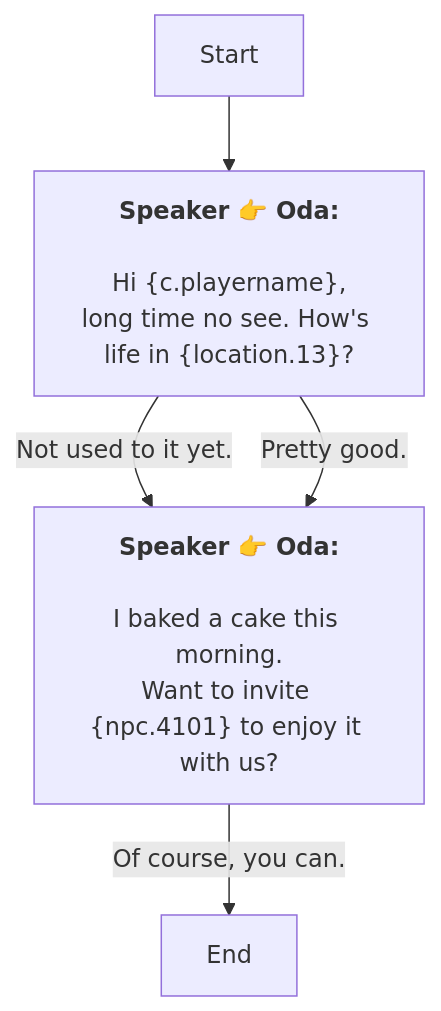
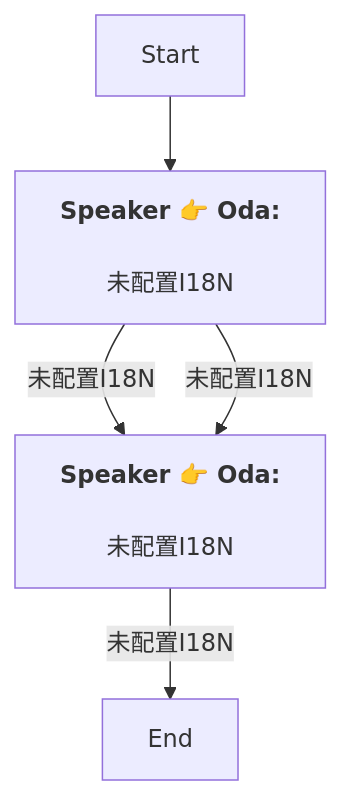
One commit to SoftHu/tos_avg changed the diagram in En/QuestStartTalkENode_1754297752607235.md. Above: the diagram before and after it, drawn with Mermaid. The commit also changed 730 other files, not shown here.

````diff
--- a/En/QuestStartTalkENode_1754297752607235.md
+++ b/En/QuestStartTalkENode_1754297752607235.md
@@ -1,14 +1,11 @@
 ```mermaid
 graph
 Start -->1754297898306054[<b>Speaker 👉 Oda:</b>
-\nHi &lbrace;c.playername&rbrace;,
-long time no see. How's life in &lbrace;location.13&rbrace;?]
-1754297898306054 -->|Not used to it yet.|1754298284307980[<b>Speaker 👉 Oda:</b>
-\nI baked a cake this morning.
-Want to invite &lbrace;npc.4101&rbrace; to enjoy it with us?]
-1754297898306054 -->|Pretty good.|1754298284307980[<b>Speaker 👉 Oda:</b>
-\nI baked a cake this morning.
-Want to invite &lbrace;npc.4101&rbrace; to enjoy it with us?]
-1754298284307980 -->|Of course, you can.|1754298319793680[End]
+\n未配置I18N]
+1754297898306054 -->|未配置I18N|1754298284307980[<b>Speaker 👉 Oda:</b>
+\n未配置I18N]
+1754297898306054 -->|未配置I18N|1754298284307980[<b>Speaker 👉 Oda:</b>
+\n未配置I18N]
+1754298284307980 -->|未配置I18N|1754298319793680[End]
 
 ```
````
